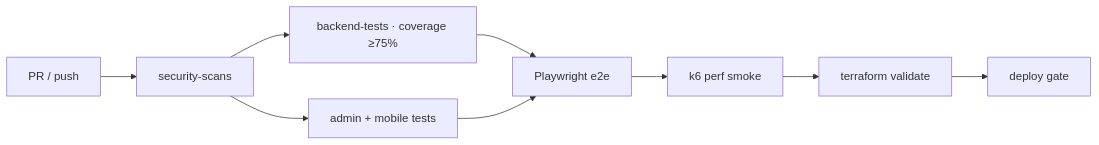
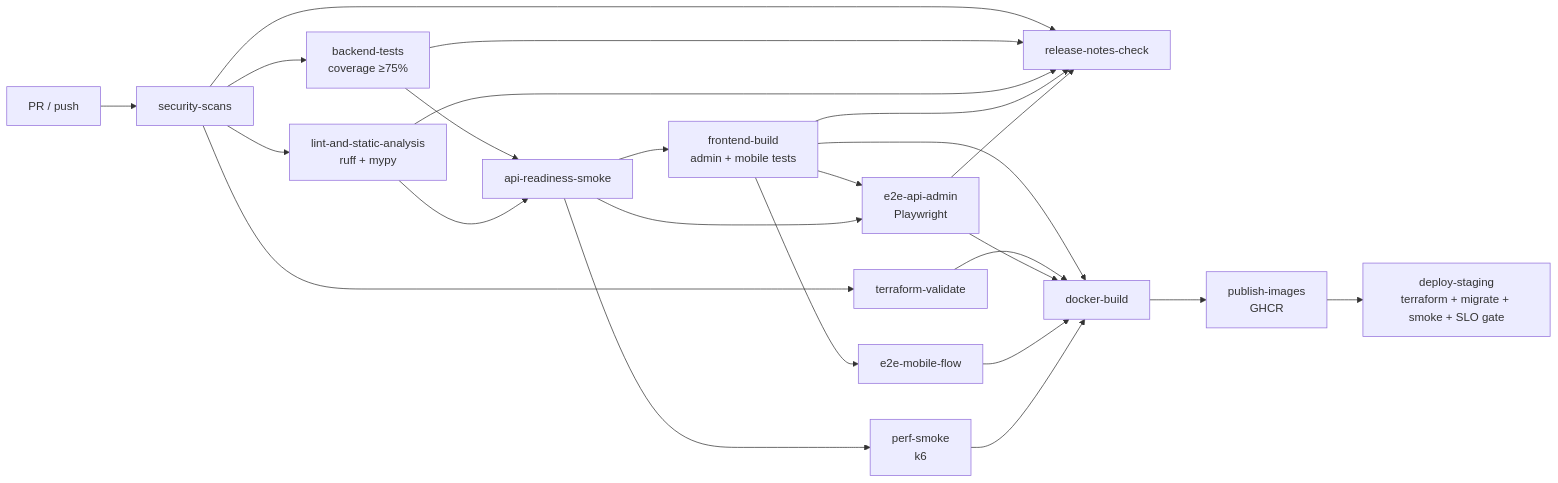
Before and after one commit to ardamoustafa1/MarketPulseAI: the third of 3 diagrams in README.md, drawn with Mermaid. The commit also changed other lines of this file, not shown here.

````diff
--- a/README.md
+++ b/README.md
@@ -316,11 +453,16 @@
 ```mermaid
 flowchart LR
   PR[PR / push] --> SEC[security-scans]
-  SEC --> BE[backend-tests · coverage ≥75%]
-  SEC --> FE[admin + mobile tests]
-  BE --> E2E[Playwright e2e]
-  FE --> E2E
-  E2E --> PERF[k6 perf smoke]
-  PERF --> TF[terraform validate]
-  TF --> DEPLOY[deploy gate]
+  SEC --> BE[backend-tests<br/>coverage ≥75%]
+  SEC --> LS[lint-and-static-analysis<br/>ruff + mypy]
+  SEC --> TFV[terraform-validate]
+  BE & LS --> RS[api-readiness-smoke]
+  RS --> FB[frontend-build<br/>admin + mobile tests]
+  FB & RS --> E2E[e2e-api-admin<br/>Playwright]
+  FB --> EM[e2e-mobile-flow]
+  RS --> PS[perf-smoke<br/>k6]
+  SEC & BE & LS & FB & E2E --> RN[release-notes-check]
+  FB & TFV & E2E & EM & PS --> DB[docker-build]
+  DB --> PI[publish-images<br/>GHCR]
+  PI --> DS[deploy-staging<br/>terraform + migrate + smoke + SLO gate]
 ```
````
